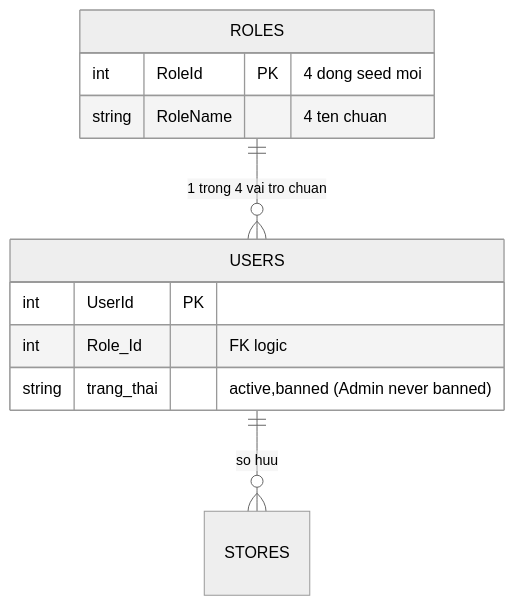
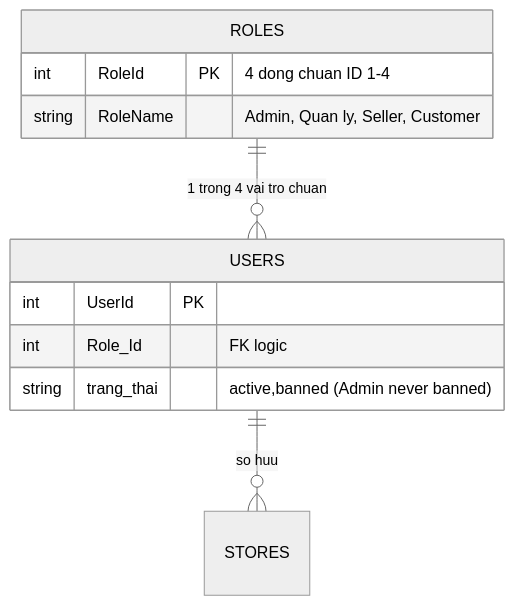
Before and after one commit to MinhThien2409/Python_Project_K24_NGK: the diagram in specs/001-role-refactor/data-model.md, drawn with Mermaid (neutral theme). The commit also changed other lines of this file and 29 other files, not shown here.

````diff
--- a/specs/001-role-refactor/data-model.md
+++ b/specs/001-role-refactor/data-model.md
@@ -41,14 +41,14 @@
 ```mermaid
 erDiagram
   ROLES ||--o{ USERS : "1 trong 4 vai tro chuan"
   USERS ||--o{ STORES : "so huu"
   ROLES {
-    int RoleId PK "4 dong seed moi"
-    string RoleName "4 ten chuan"
+    int RoleId PK "4 dong chuan ID 1-4"
+    string RoleName "Admin, Quan ly, Seller, Customer"
   }
   USERS {
     int UserId PK
     int Role_Id "FK logic"
     string trang_thai "active,banned (Admin never banned)"
   }
 ```
````
